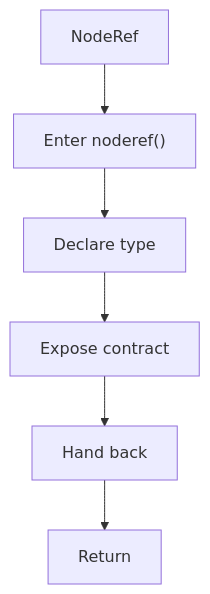
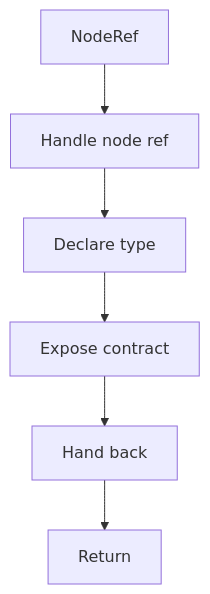
Before and after one commit to JohnAndrewBalbarosa/NeoTerritory: the diagram in docs/Codebase/Microservice/Modules/Header/SyntacticBrokenAST/HashingMechanism/HashLinks/Flow/functions/noderef.hpp.md, drawn with Mermaid. The commit also changed other lines of this file and 925 other files, not shown here.

````diff
--- a/docs/Codebase/Microservice/Modules/Header/SyntacticBrokenAST/HashingMechanism/HashLinks/Flow/functions/noderef.hpp.md
+++ b/docs/Codebase/Microservice/Modules/Header/SyntacticBrokenAST/HashingMechanism/HashLinks/Flow/functions/noderef.hpp.md
@@ -16,14 +16,14 @@
 ```mermaid
 flowchart TD
     Start["NodeRef"]
-    N0["Enter noderef()"]
+    N0["Handle node ref"]
     N1["Declare type"]
     N2["Expose contract"]
     N3["Hand back"]
     End["Return"]
     Start --> N0
     N0 --> N1
     N1 --> N2
     N2 --> N3
     N3 --> End
 ```
````
